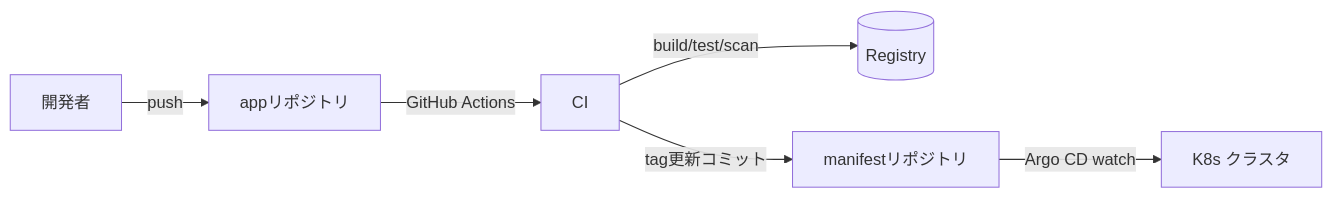
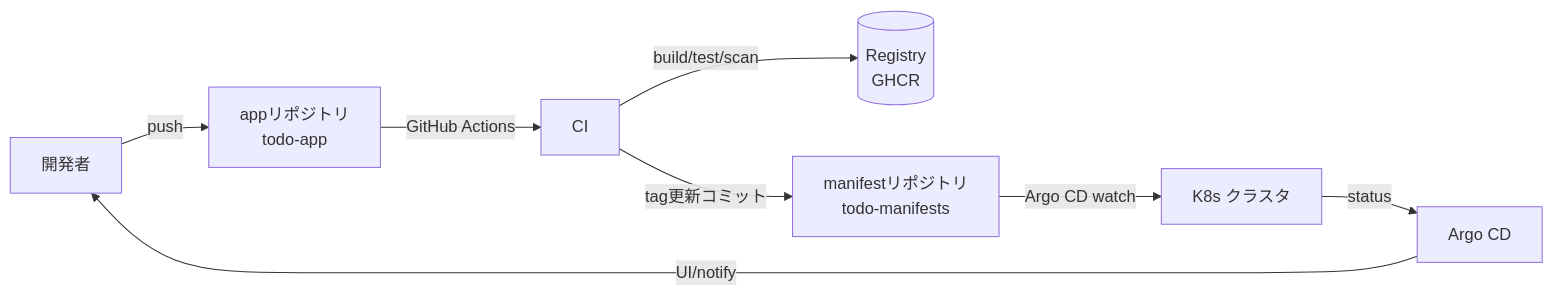
The fourth of 12 diagrams in docs/08-cicd-gitops/pipeline.md (swallowsaba/introduction-k8s), drawn with Mermaid before and after one commit. The commit also changed other lines of this file and 3 other files, not shown here.

````diff
--- a/docs/08-cicd-gitops/pipeline.md
+++ b/docs/08-cicd-gitops/pipeline.md
@@ -22,8 +245,10 @@
 ```mermaid
 flowchart LR
-    dev[開発者] -->|push| app[appリポジトリ]
+    dev[開発者] -->|push| app[appリポジトリ<br/>todo-app]
     app -->|GitHub Actions| ci[CI]
-    ci -->|build/test/scan| reg[(Registry)]
-    ci -->|tag更新コミット| manifest[manifestリポジトリ]
+    ci -->|build/test/scan| reg[(Registry<br/>GHCR)]
+    ci -->|tag更新コミット| manifest[manifestリポジトリ<br/>todo-manifests]
     manifest -->|Argo CD watch| k8s[K8s クラスタ]
+    k8s -->|status| argo[Argo CD]
+    argo -->|UI/notify| dev
 ```
````
